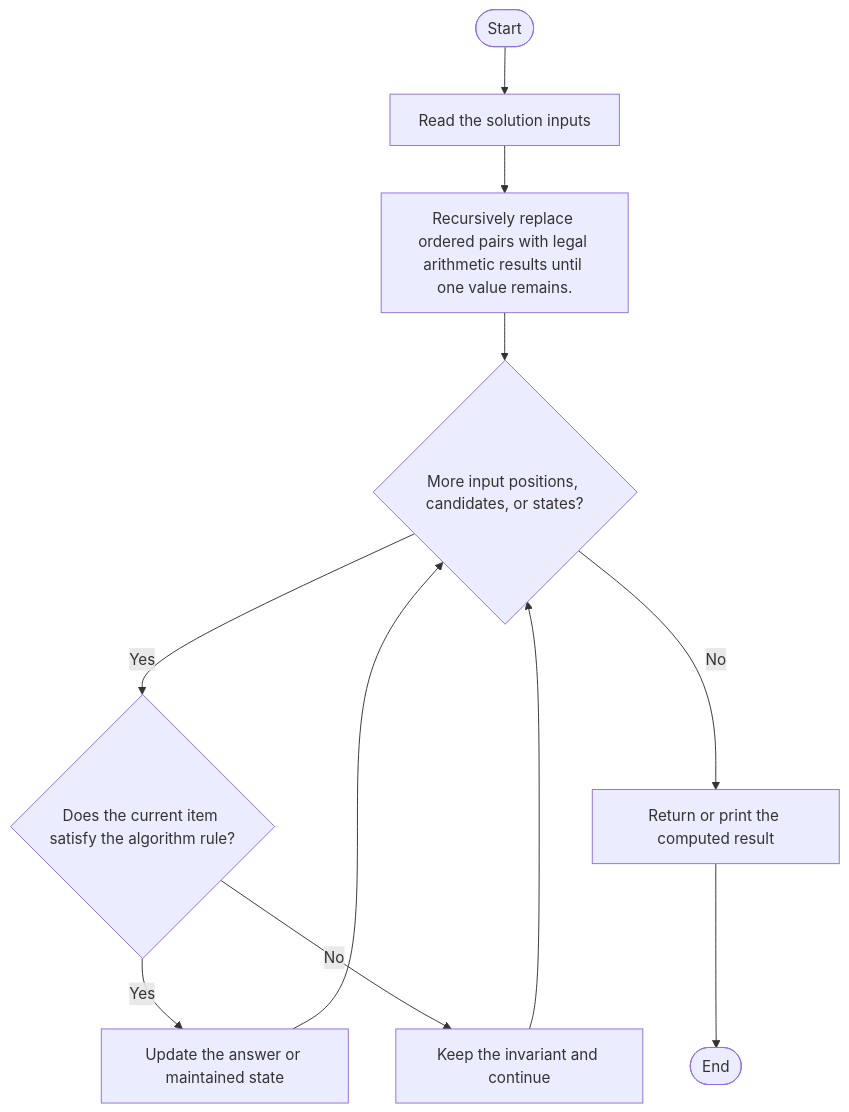
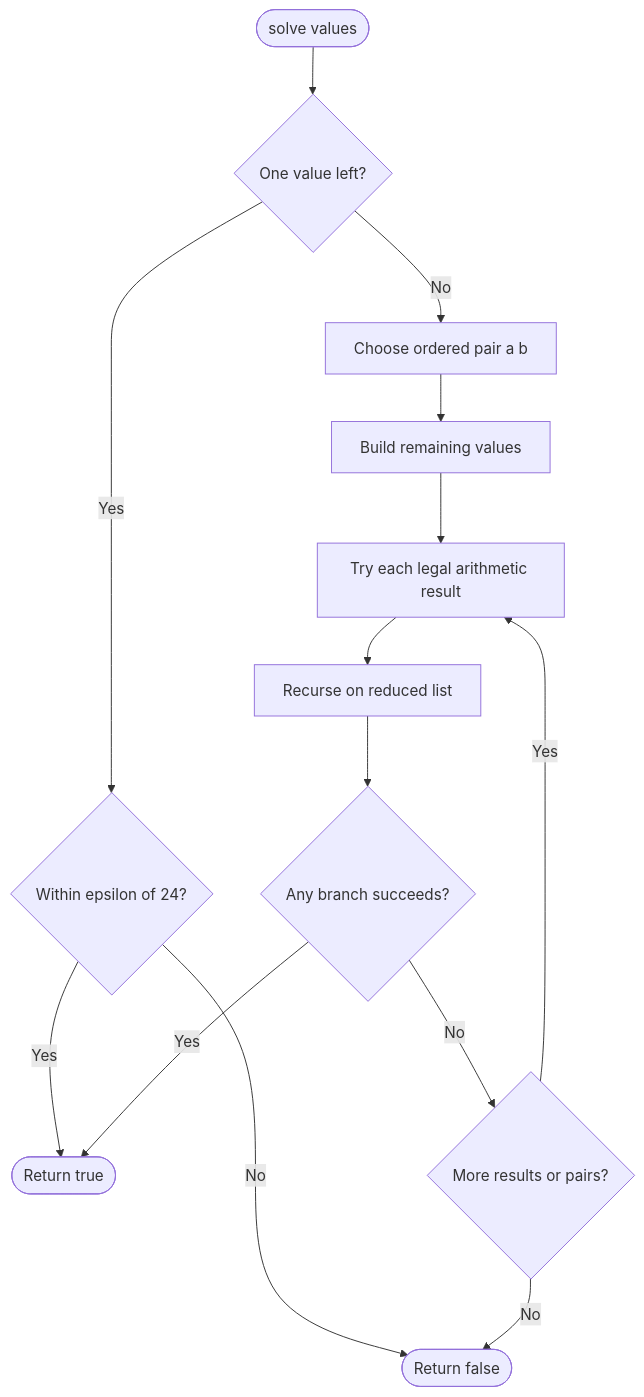
Before and after one commit to SAIDEEPBHANGE/C-CPP-Codes: the diagram in LeetCode/679/README.md, drawn with Mermaid. The commit also changed other lines of this file and 196 other files, not shown here.

````diff
--- a/LeetCode/679/README.md
+++ b/LeetCode/679/README.md
@@ -23,13 +37,16 @@
 ```mermaid
 flowchart TD
-    S([Start]) --> I[Read the solution inputs]
-    I --> P["Recursively replace ordered pairs with legal arithmetic results until one value remains."]
-    P --> L{More input positions, candidates, or states?}
-    L -- Yes --> T{Does the current item satisfy the algorithm rule?}
-    T -- Yes --> U[Update the answer or maintained state]
-    T -- No --> N[Keep the invariant and continue]
-    U --> L
-    N --> L
-    L -- No --> R[Return or print the computed result]
-    R --> E([End])
+    A([solve values]) --> B{One value left?}
+    B -- Yes --> C{Within epsilon of 24?}
+    C -- Yes --> Y([Return true])
+    C -- No --> N([Return false])
+    B -- No --> D[Choose ordered pair a b]
+    D --> E[Build remaining values]
+    E --> F[Try each legal arithmetic result]
+    F --> G[Recurse on reduced list]
+    G --> H{Any branch succeeds?}
+    H -- Yes --> Y
+    H -- No --> I{More results or pairs?}
+    I -- Yes --> F
+    I -- No --> N
 ```
````
